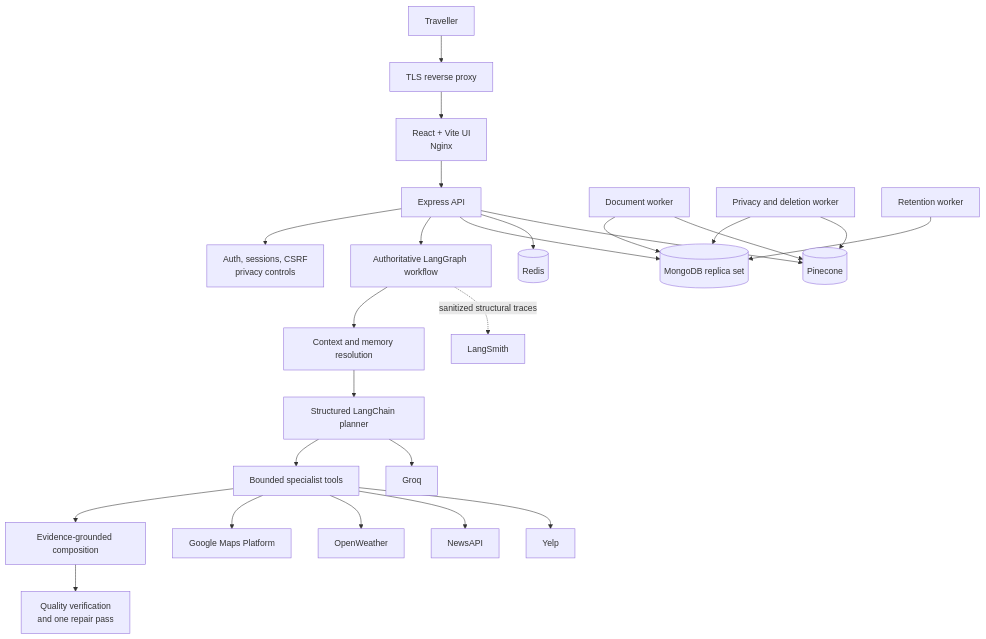
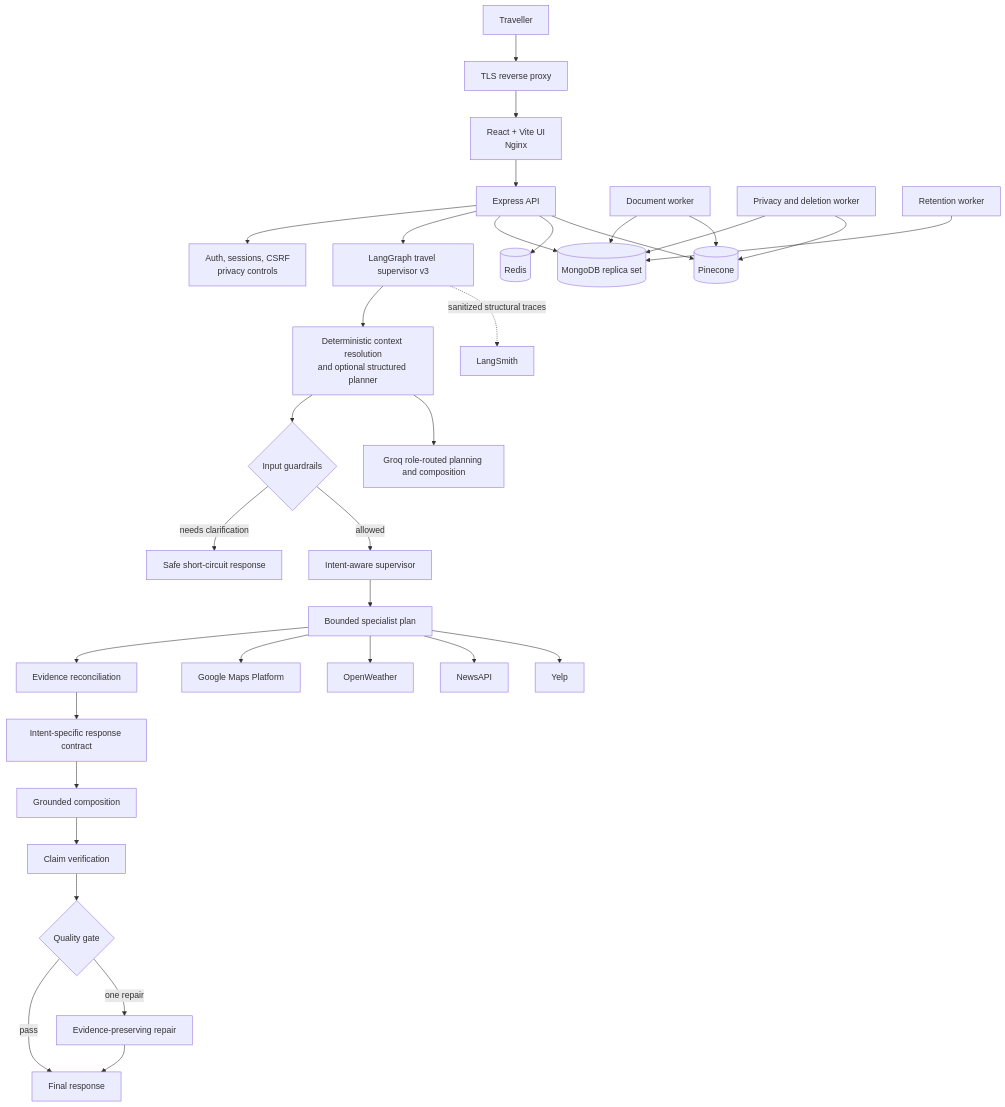
One commit to Sub1nn/ATLAS-A-Complete-AI-Travel-Assistant changed the diagram in README.md. Above: the diagram before and after it, drawn with Mermaid. The commit also changed other lines of this file and 4 other files, not shown here.

```diff
--- a/README.md
+++ b/README.md
@@ -54,33 +54,41 @@
 ~~~mermaid
 flowchart TB
     User[Traveller] --> Edge[TLS reverse proxy]
     Edge --> Web[React + Vite UI<br>Nginx]
     Web --> API[Express API]
 
     API --> Auth[Auth, sessions, CSRF<br>privacy controls]
-    API --> Graph[Authoritative LangGraph workflow]
+    API --> Graph[LangGraph travel supervisor v3]
 
-    Graph --> Context[Context and memory resolution]
-    Context --> Planner[Structured LangChain planner]
-    Planner --> Tools[Bounded specialist tools]
-    Tools --> Compose[Evidence-grounded composition]
-    Compose --> Verify[Quality verification<br>and one repair pass]
+    Graph --> Context[Deterministic context resolution<br>and optional structured planner]
+    Context --> Guardrails{Input guardrails}
+    Guardrails -->|needs clarification| Short[Safe short-circuit response]
+    Guardrails -->|allowed| Supervisor[Intent-aware supervisor]
+    Supervisor --> Specialists[Bounded specialist plan]
+    Specialists --> Evidence[Evidence reconciliation]
+    Evidence --> ResponsePlan[Intent-specific response contract]
+    ResponsePlan --> Compose[Grounded composition]
+    Compose --> Verify[Claim verification]
+    Verify --> Quality{Quality gate}
+    Quality -->|pass| Final[Final response]
+    Quality -->|one repair| Repair[Evidence-preserving repair]
+    Repair --> Final
 
-    Tools --> Google[Google Maps Platform]
-    Tools --> Weather[OpenWeather]
-    Tools --> News[NewsAPI]
-    Tools --> Yelp[Yelp]
-    Planner --> Groq[Groq]
+    Specialists --> Google[Google Maps Platform]
+    Specialists --> Weather[OpenWeather]
+    Specialists --> News[NewsAPI]
+    Specialists --> Yelp[Yelp]
+    Context --> Groq[Groq role-routed planning and composition]
 
     API --> Mongo[(MongoDB replica set)]
     API --> Redis[(Redis)]
     API --> Pinecone[(Pinecone)]
 
     Docs[Document worker] --> Mongo
     Docs --> Pinecone
     Privacy[Privacy and deletion worker] --> Mongo
     Privacy --> Pinecone
     Retention[Retention worker] --> Mongo
 
     Graph -. sanitized structural traces .-> LangSmith[LangSmith]
 ~~~
```
